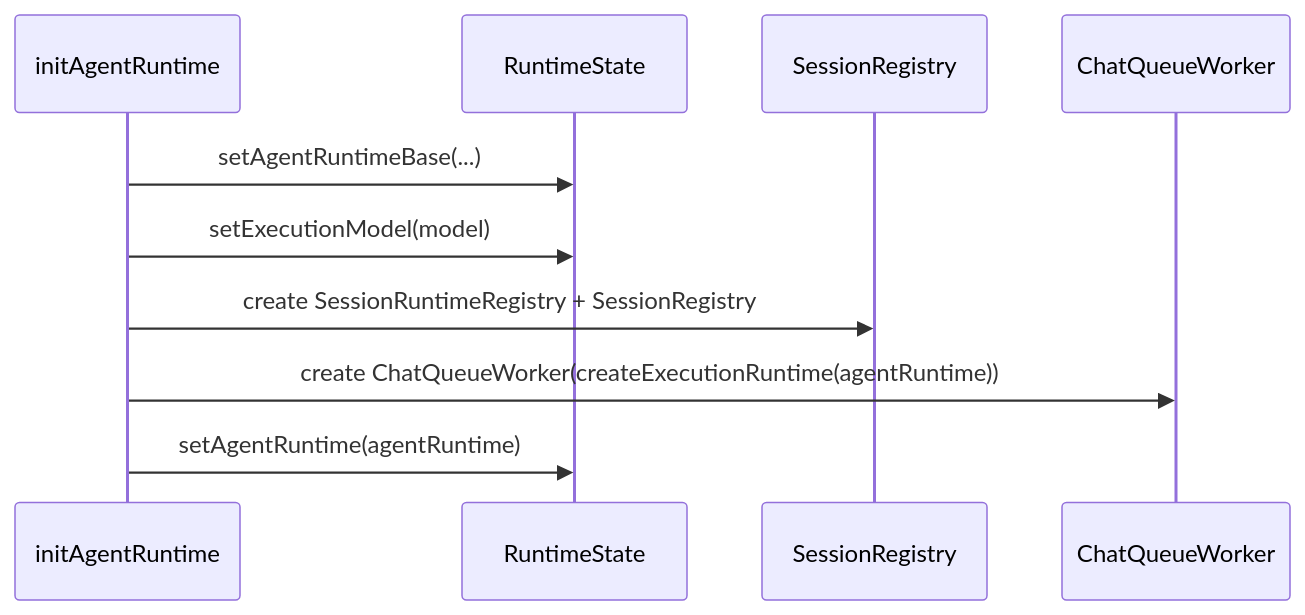
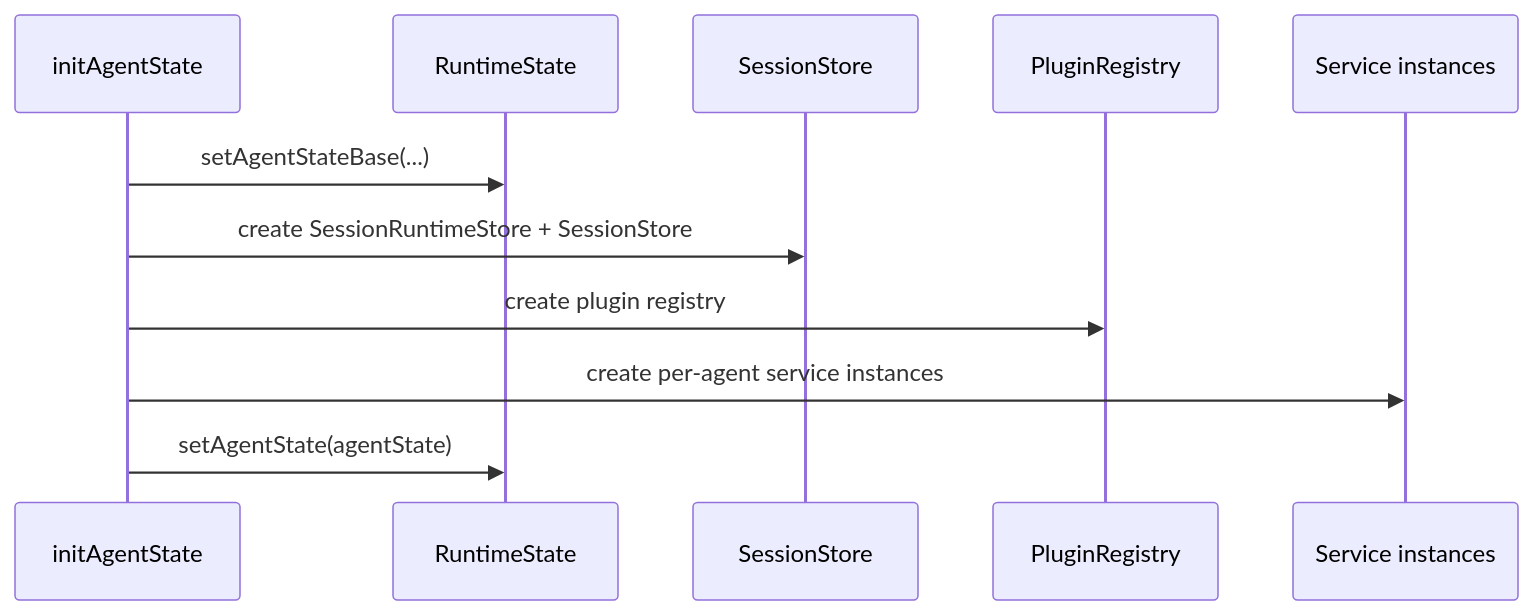
The third of 7 diagrams in devdocs/startup-and-api-flow.md (wangenius/downcity), drawn with Mermaid before and after one commit. The commit also changed other lines of this file and 168 other files, not shown here.

````diff
--- a/devdocs/startup-and-api-flow.md
+++ b/devdocs/startup-and-api-flow.md
@@ -127,13 +128,14 @@
 ```mermaid
 sequenceDiagram
-  participant Init as initAgentRuntime
+  participant Init as initAgentState
   participant State as RuntimeState
-  participant Session as SessionRegistry
-  participant Queue as ChatQueueWorker
+  participant Session as SessionStore
+  participant Plugin as PluginRegistry
+  participant Service as Service instances
 
-  Init->>State: setAgentRuntimeBase(...)
-  Init->>State: setExecutionModel(model)
-  Init->>Session: create SessionRuntimeRegistry + SessionRegistry
-  Init->>Queue: create ChatQueueWorker(createExecutionRuntime(agentRuntime))
-  Init->>State: setAgentRuntime(agentRuntime)
+  Init->>State: setAgentStateBase(...)
+  Init->>Session: create SessionRuntimeStore + SessionStore
+  Init->>Plugin: create plugin registry
+  Init->>Service: create per-agent service instances
+  Init->>State: setAgentState(agentState)
 ```
````
